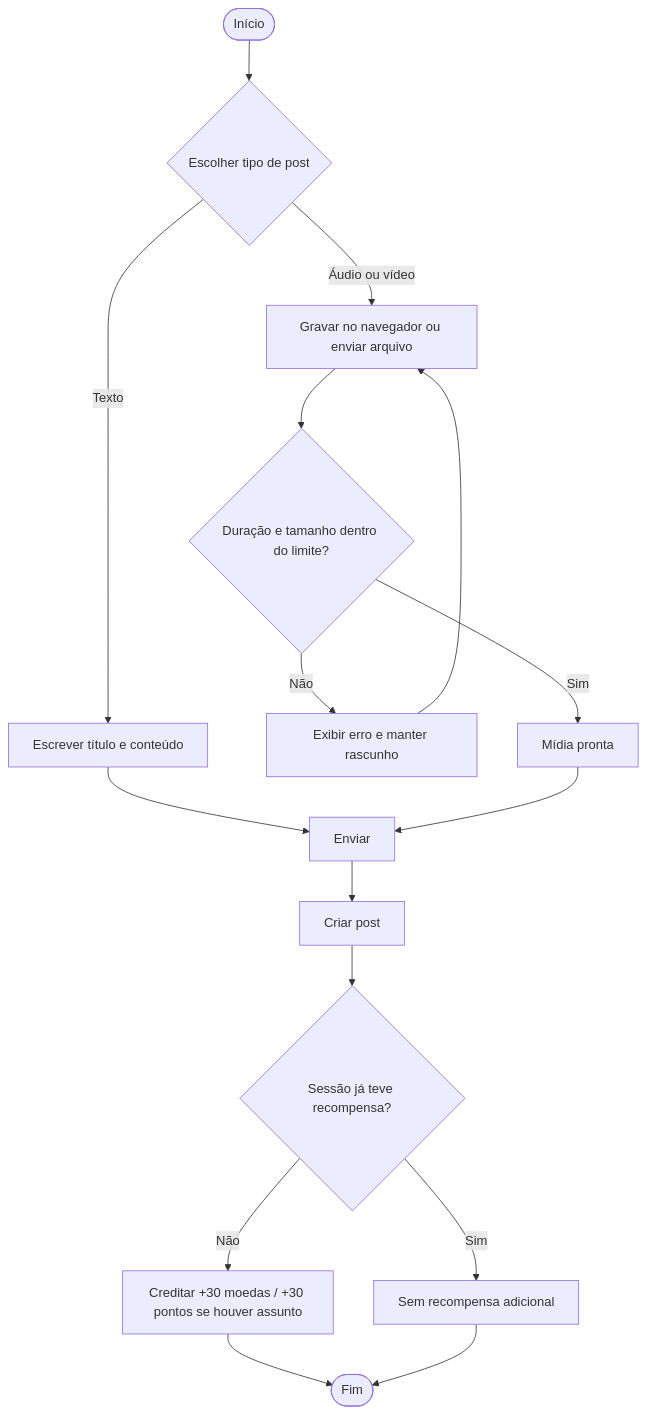
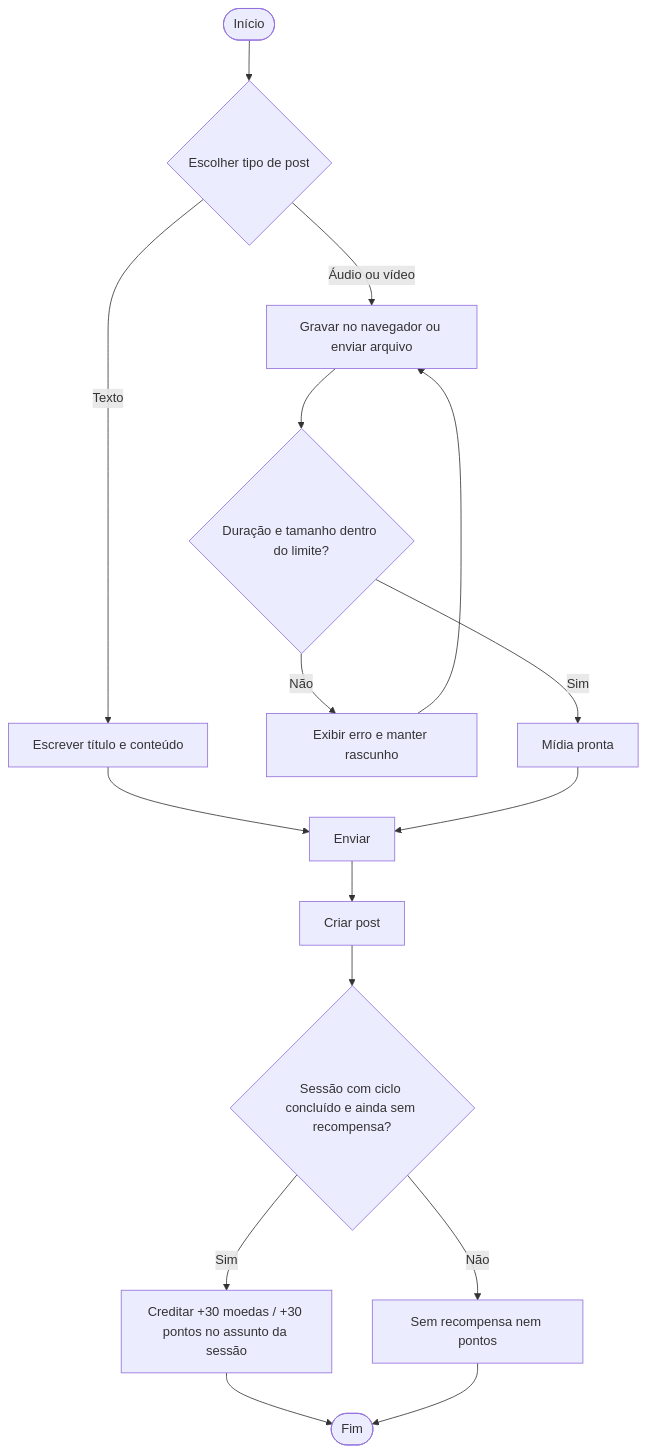
Diagram 11 of 11 in docs/04-modelagem-uml.md (lucvs07/dot-study), drawn with Mermaid before and after one commit. The commit also changed other lines of this file and 8 other files, not shown here.

````diff
--- a/docs/04-modelagem-uml.md
+++ b/docs/04-modelagem-uml.md
@@ -501,18 +501,18 @@
 ```mermaid
 flowchart TD
     A([Início]) --> B{Escolher tipo de post}
     B -->|Texto| C[Escrever título e conteúdo]
     B -->|Áudio ou vídeo| D[Gravar no navegador ou enviar arquivo]
     D --> E{Duração e tamanho dentro do limite?}
     E -->|Não| F[Exibir erro e manter rascunho]
     F --> D
     E -->|Sim| G[Mídia pronta]
     C --> H[Enviar]
     G --> H
     H --> I[Criar post]
-    I --> J{Sessão já teve recompensa?}
-    J -->|Não| K[Creditar +30 moedas / +30 pontos se houver assunto]
-    J -->|Sim| L[Sem recompensa adicional]
+    I --> J{Sessão com ciclo concluído e ainda sem recompensa?}
+    J -->|Sim| K[Creditar +30 moedas / +30 pontos no assunto da sessão]
+    J -->|Não| L[Sem recompensa nem pontos]
     K --> M([Fim])
     L --> M
 ```
````
